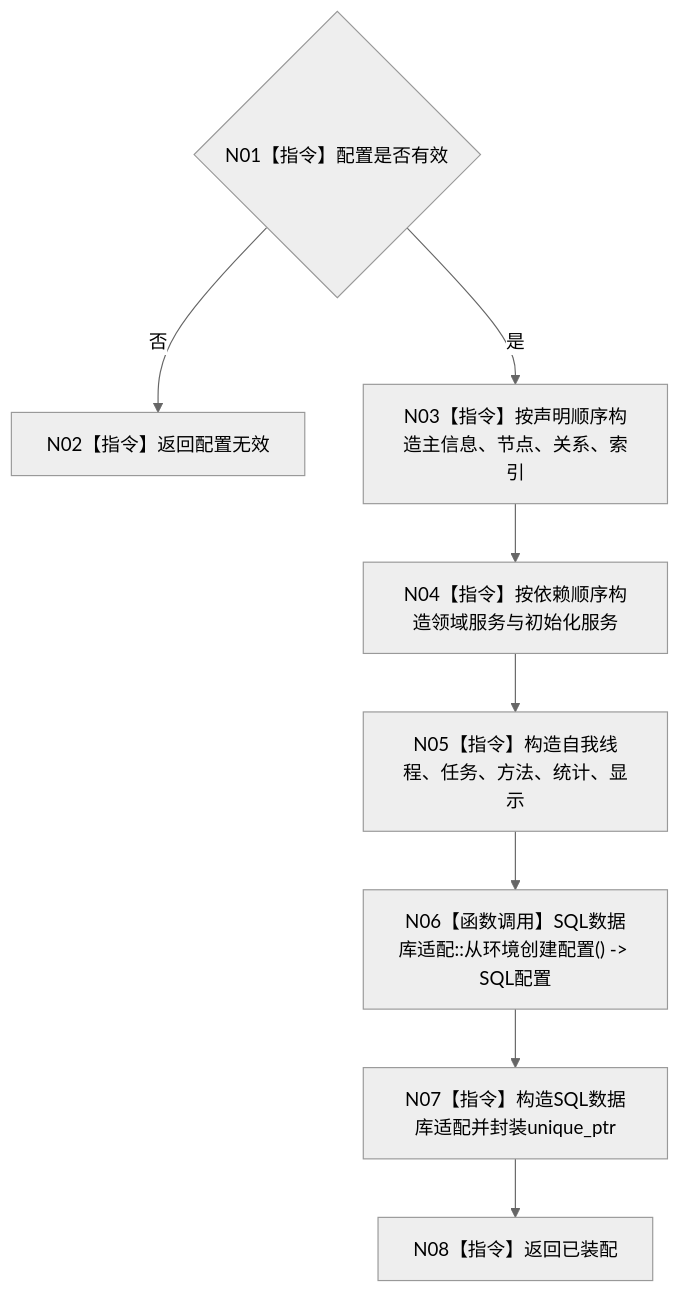
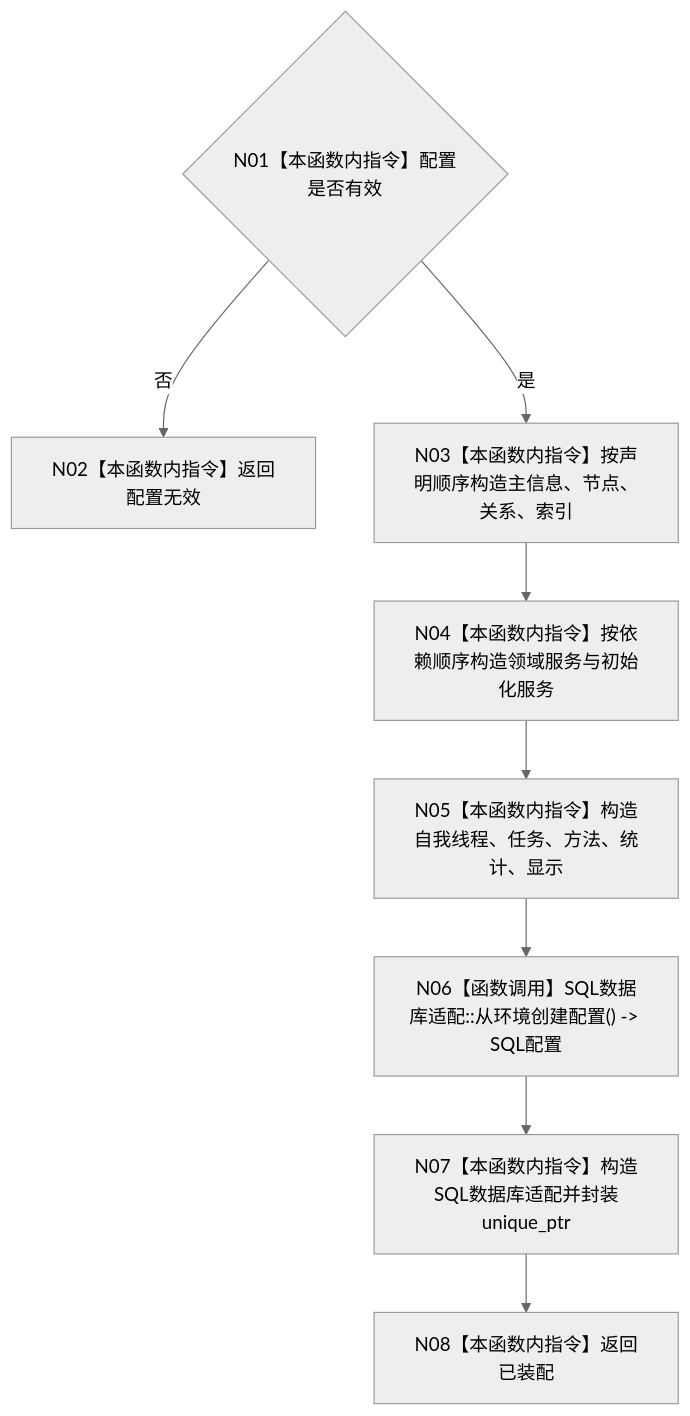
One commit to chunhaizh-cyber/HY-Ego changed the diagram in 流程图/20260726_ENTRY-ONLY_F07_构造普通应用上下文_施工流程图_v0.1.md. Above: the diagram before and after it, drawn with Mermaid (neutral theme). The commit also changed other lines of this file and 88 other files, not shown here.

````diff
--- a/流程图/20260726_ENTRY-ONLY_F07_构造普通应用上下文_施工流程图_v0.1.md
+++ b/流程图/20260726_ENTRY-ONLY_F07_构造普通应用上下文_施工流程图_v0.1.md
@@ -8,10 +28,10 @@
 ```mermaid
 flowchart TD
-    N01{"N01【指令】配置是否有效"} -- "否" --> N02["N02【指令】返回配置无效"]
-    N01 -- "是" --> N03["N03【指令】按声明顺序构造主信息、节点、关系、索引"]
-    N03 --> N04["N04【指令】按依赖顺序构造领域服务与初始化服务"]
-    N04 --> N05["N05【指令】构造自我线程、任务、方法、统计、显示"]
+    N01{"N01【本函数内指令】配置是否有效"} -- "否" --> N02["N02【本函数内指令】返回配置无效"]
+    N01 -- "是" --> N03["N03【本函数内指令】按声明顺序构造主信息、节点、关系、索引"]
+    N03 --> N04["N04【本函数内指令】按依赖顺序构造领域服务与初始化服务"]
+    N04 --> N05["N05【本函数内指令】构造自我线程、任务、方法、统计、显示"]
     N05 --> N06["N06【函数调用】SQL数据库适配::从环境创建配置() -> SQL配置"]
-    N06 --> N07["N07【指令】构造SQL数据库适配并封装unique_ptr"]
-    N07 --> N08["N08【指令】返回已装配"]
+    N06 --> N07["N07【本函数内指令】构造SQL数据库适配并封装unique_ptr"]
+    N07 --> N08["N08【本函数内指令】返回已装配"]
 ```
````
